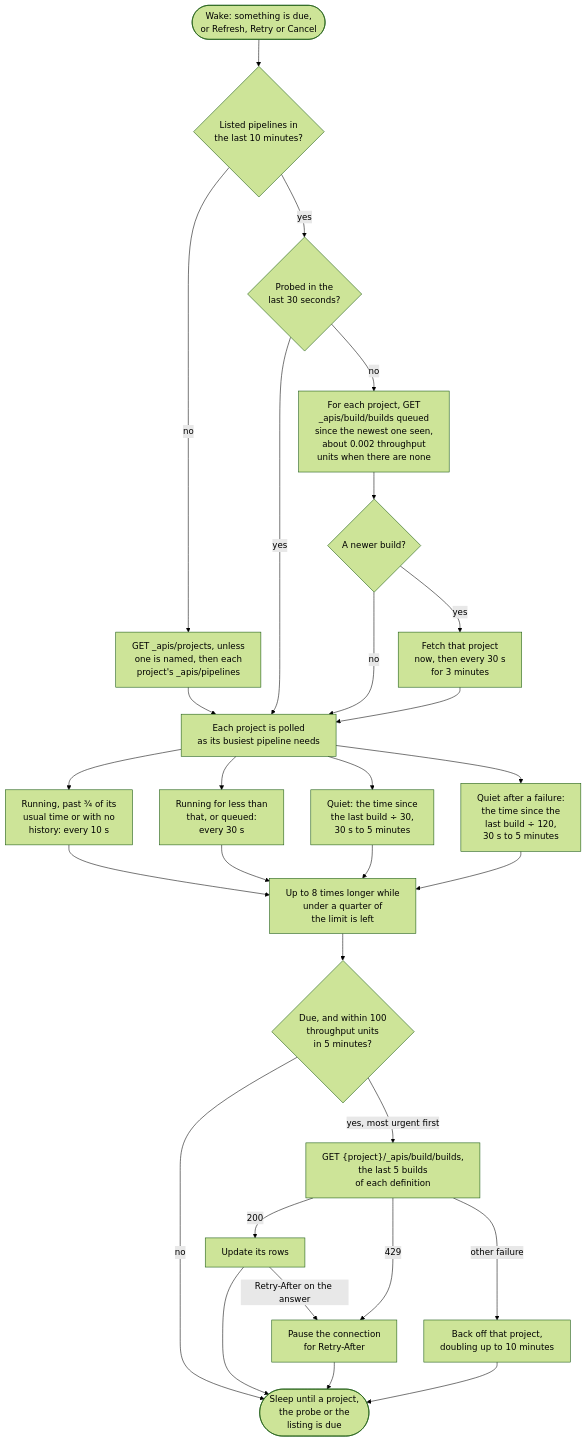
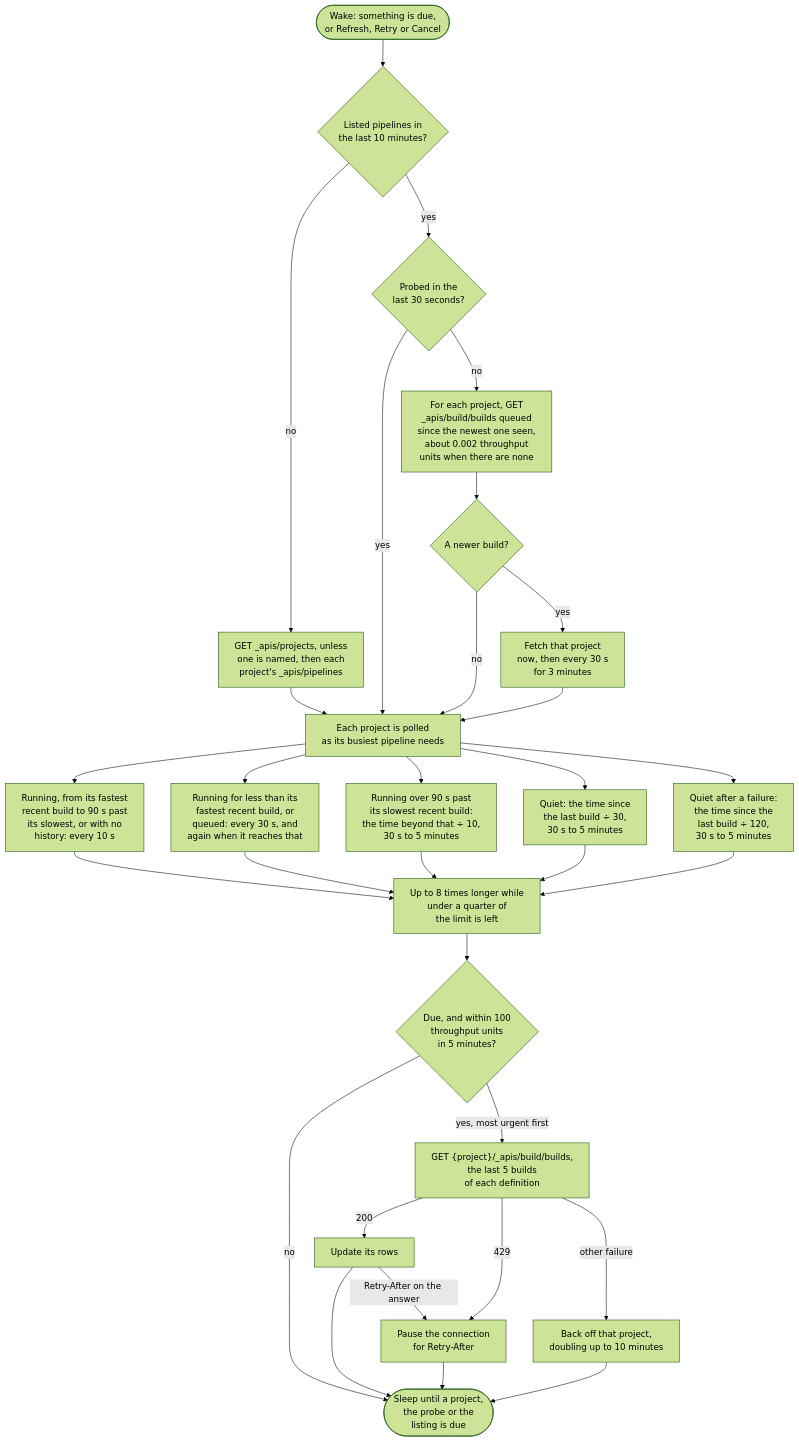
The diagram in docs/mdsource/providers/azure-devops.source.md (SimonCropp/BuildMonitor), drawn with Mermaid (forest theme) before and after one commit. The commit also changed 30 other files, not shown here.

First line of the commit message:
Aim the running interval at when a build is expected to finish

````diff
--- a/docs/mdsource/providers/azure-devops.source.md
+++ b/docs/mdsource/providers/azure-devops.source.md
@@ -36,36 +36,38 @@
 ```mermaid
 ---
 config:
   flowchart:
     wrappingWidth: 400
 ---
 flowchart TD
     wake(["Wake: something is due,<br/>or Refresh, Retry or Cancel"]) --> listed{"Listed pipelines in<br/>the last 10 minutes?"}
     listed -- "no" --> discover["GET _apis/projects, unless<br/>one is named, then each<br/>project's _apis/pipelines"]
     listed -- "yes" --> probed{"Probed in the<br/>last 30 seconds?"}
     probed -- "no" --> probe["For each project, GET<br/>_apis/build/builds queued<br/>since the newest one seen,<br/>about 0.002 throughput<br/>units when there are none"]
     probe --> moved{"A newer build?"}
     moved -- "yes" --> nudge["Fetch that project<br/>now, then every 30 s<br/>for 3 minutes"]
     discover --> interval["Each project is polled<br/>as its busiest pipeline needs"]
     probed -- "yes" --> interval
     moved -- "no" --> interval
     nudge --> interval
-    interval --> finishing["Running, past ¾ of its<br/>usual time or with no<br/>history: every 10 s"]
-    interval --> running["Running for less than<br/>that, or queued:<br/>every 30 s"]
+    interval --> finishing["Running, from its fastest<br/>recent build to 90 s past<br/>its slowest, or with no<br/>history: every 10 s"]
+    interval --> running["Running for less than its<br/>fastest recent build, or<br/>queued: every 30 s, and<br/>again when it reaches that"]
+    interval --> overrun["Running over 90 s past<br/>its slowest recent build:<br/>the time beyond that ÷ 10,<br/>30 s to 5 minutes"]
     interval --> quiet["Quiet: the time since<br/>the last build ÷ 30,<br/>30 s to 5 minutes"]
     interval --> failed["Quiet after a failure:<br/>the time since the<br/>last build ÷ 120,<br/>30 s to 5 minutes"]
     finishing --> stretch["Up to 8 times longer while<br/>under a quarter of<br/>the limit is left"]
     running --> stretch
+    overrun --> stretch
     quiet --> stretch
     failed --> stretch
     stretch --> due{"Due, and within 100<br/>throughput units<br/>in 5 minutes?"}
     due -- "no" --> sleep(["Sleep until a project,<br/>the probe or the<br/>listing is due"])
     due -- "yes, most urgent first" --> fetch["GET {project}/_apis/build/builds,<br/>the last 5 builds<br/>of each definition"]
     fetch -- "200" --> rows["Update its rows"]
     rows -- "Retry-After on the answer" --> pause["Pause the connection<br/>for Retry-After"]
     fetch -- "429" --> pause
     fetch -- "other failure" --> backoff["Back off that project,<br/>doubling up to 10 minutes"]
     rows --> sleep
     pause --> sleep
     backoff --> sleep
 ```
````
